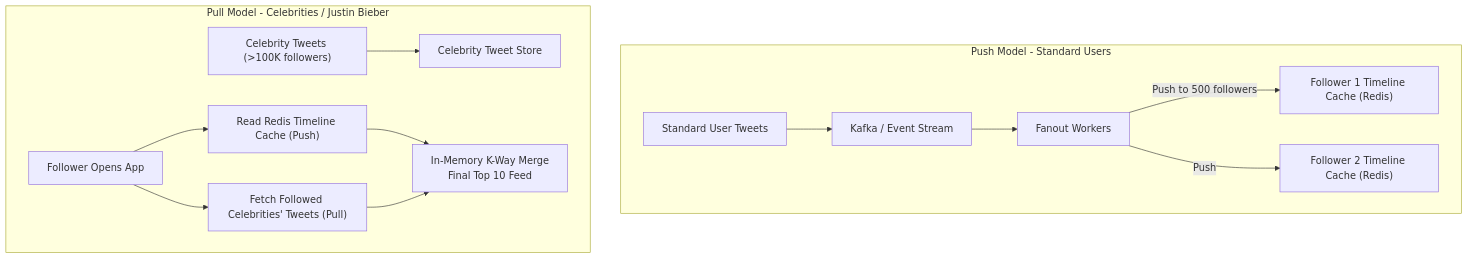
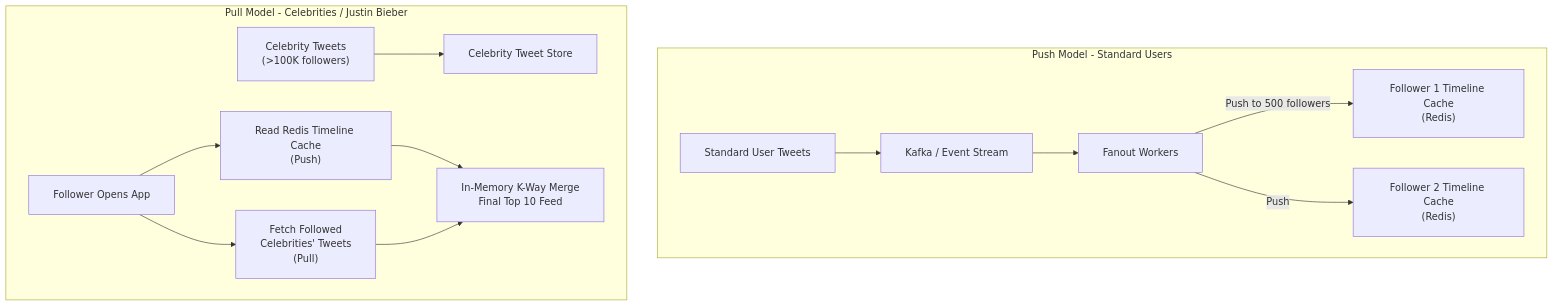
The third of 3 diagrams in LLD/03_Tier3_DSA_Screening/30_Social_Media_Feed_Twitter.md (dip4k/DSA_102), drawn with Mermaid before and after one commit. The commit also changed other lines of this file and 108 other files, not shown here.

First line of the commit message:
fix(mermaid): resolve diagram clipping, padding, and syntax issues across repo

````diff
--- a/LLD/03_Tier3_DSA_Screening/30_Social_Media_Feed_Twitter.md
+++ b/LLD/03_Tier3_DSA_Screening/30_Social_Media_Feed_Twitter.md
@@ -65,16 +67,17 @@
 ```mermaid
+%%{init: {"flowchart": {"htmlLabels": true, "padding": 20}}}%%
 flowchart TD
     subgraph Fanout-on-Write [Push Model - Standard Users]
         UserA["Standard User Tweets"] --> MsgQ["Kafka / Event Stream"]
         MsgQ --> Workers["Fanout Workers"]
-        Workers -->|"Push to 500 followers"| RedisA["Follower 1 Timeline Cache (Redis)"]
-        Workers -->|"Push"| RedisB["Follower 2 Timeline Cache (Redis)"]
+        Workers -->|"Push to 500 followers"| RedisA["Follower 1 Timeline Cache<br/>(Redis)"]
+        Workers -->|"Push"| RedisB["Follower 2 Timeline Cache<br/>(Redis)"]
     end
 
     subgraph Fanout-on-Read [Pull Model - Celebrities / Justin Bieber]
-        Celeb["Celebrity Tweets (>100K followers)"] --> CelebStore["Celebrity Tweet Store"]
-        Reader["Follower Opens App"] --> ReadTimeline["Read Redis Timeline Cache (Push)"]
-        Reader --> ReadCeleb["Fetch Followed Celebrities' Tweets (Pull)"]
+        Celeb["Celebrity Tweets<br/>(>100K followers)"] --> CelebStore["Celebrity Tweet Store"]
+        Reader["Follower Opens App"] --> ReadTimeline["Read Redis Timeline Cache<br/>(Push)"]
+        Reader --> ReadCeleb["Fetch Followed<br/>Celebrities' Tweets<br/>(Pull)"]
         ReadTimeline & ReadCeleb --> InMemMerge["In-Memory K-Way Merge<br/>Final Top 10 Feed"]
     end
 ```
````
